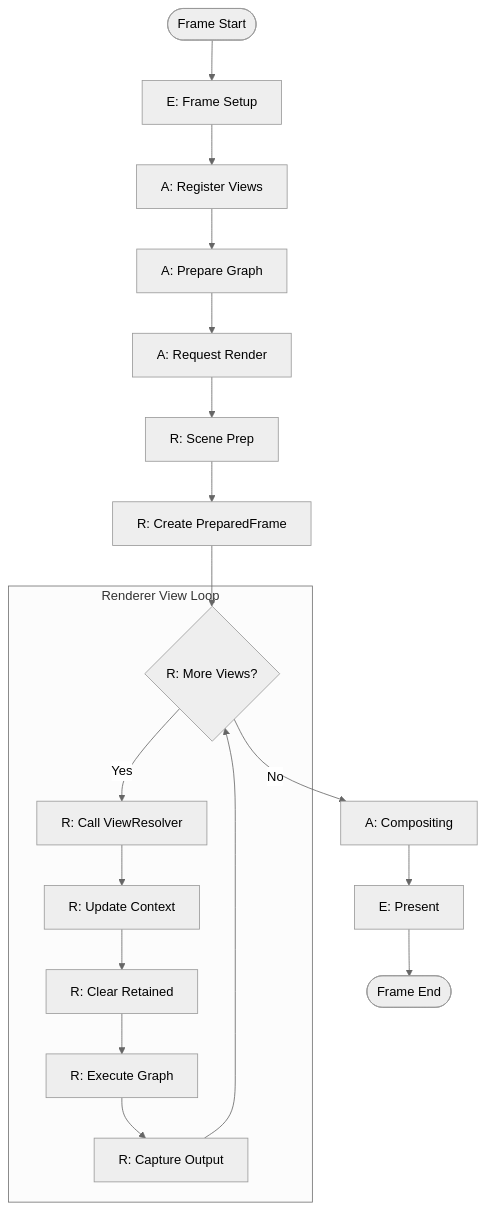
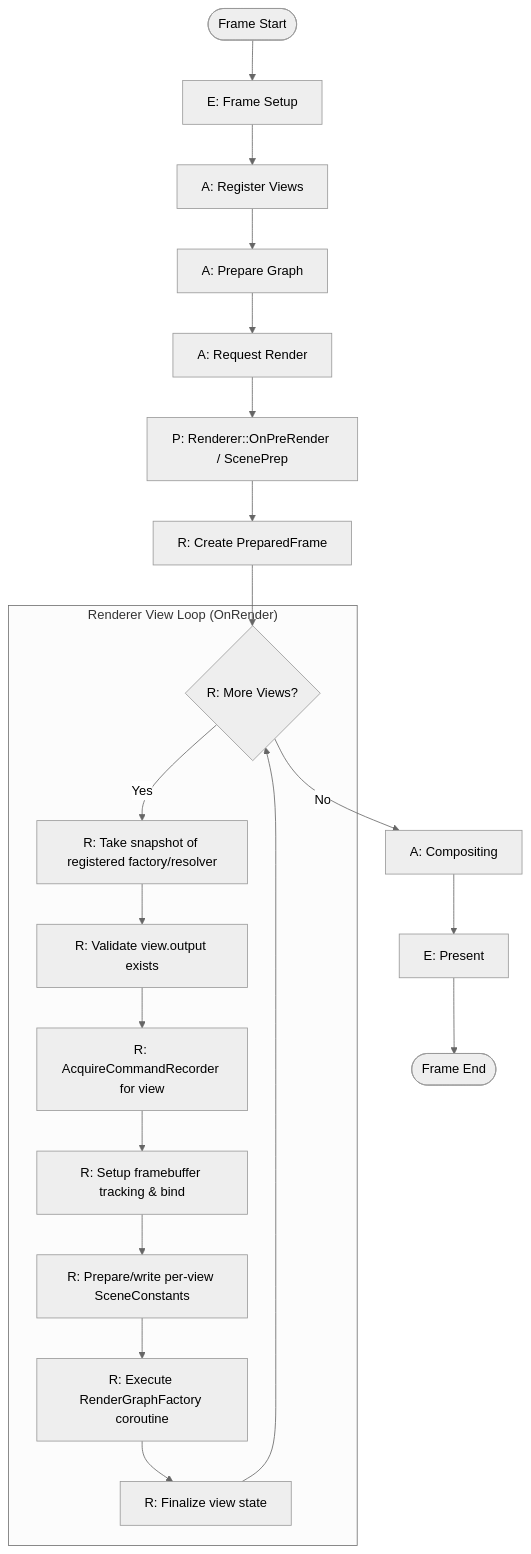
One commit to abdes/DroidNet changed the diagram in projects/Oxygen.Engine/design/multiview/3-flow-diagrams.md. Above: the diagram before and after it, drawn with Mermaid (neutral theme). The commit also changed other lines of this file and 1 other file, not shown here.

Commit message:
docs(renderer): update multi-view design and implementation

````diff
--- a/projects/Oxygen.Engine/design/multiview/3-flow-diagrams.md
+++ b/projects/Oxygen.Engine/design/multiview/3-flow-diagrams.md
@@ -5,25 +5,27 @@
 ```mermaid
 flowchart TD
     Start([Frame Start]) --> FrameSetup[E: Frame Setup]
     FrameSetup --> RegisterViews[A: Register Views]
     RegisterViews --> PrepareGraph[A: Prepare Graph]
 
     PrepareGraph --> RequestRender[A: Request Render]
-    RequestRender --> ScenePrep[R: Scene Prep]
-    ScenePrep --> CreatePrepared[R: Create PreparedFrame]
+    RequestRender --> OnPreRender[P: Renderer::OnPreRender / ScenePrep]
+    OnPreRender --> CreatePrepared[R: Create PreparedFrame]
 
     CreatePrepared --> ViewLoop{R: More Views?}
 
-    subgraph RendererLoop["Renderer View Loop"]
-        ViewLoop -->|Yes| ResolveView[R: Call ViewResolver]
-        ResolveView --> UpdateContext[R: Update Context]
-        UpdateContext --> ClearRetained[R: Clear Retained]
-        ClearRetained --> ExecuteGraph[R: Execute Graph]
-        ExecuteGraph --> CaptureOutput[R: Capture Output]
-        CaptureOutput --> ViewLoop
+    subgraph RendererLoop["Renderer View Loop (OnRender)"]
+        ViewLoop -->|Yes| GetGraphPair[R: Take snapshot of registered factory/resolver]
+        GetGraphPair --> ValidateOutput[R: Validate view.output exists]
+        ValidateOutput --> AcquireRecorder[R: AcquireCommandRecorder for view]
+        AcquireRecorder --> SetupFB[R: Setup framebuffer tracking & bind]
+        SetupFB --> WireConstants[R: Prepare/write per-view SceneConstants]
+        WireConstants --> ExecGraph[R: Execute RenderGraphFactory coroutine]
+        ExecGraph --> Finalize[R: Finalize view state]
+        Finalize --> ViewLoop
     end
 
     ViewLoop -->|No| Compositing[A: Compositing]
     Compositing --> Present[E: Present]
     Present --> End([Frame End])
 ```
````
